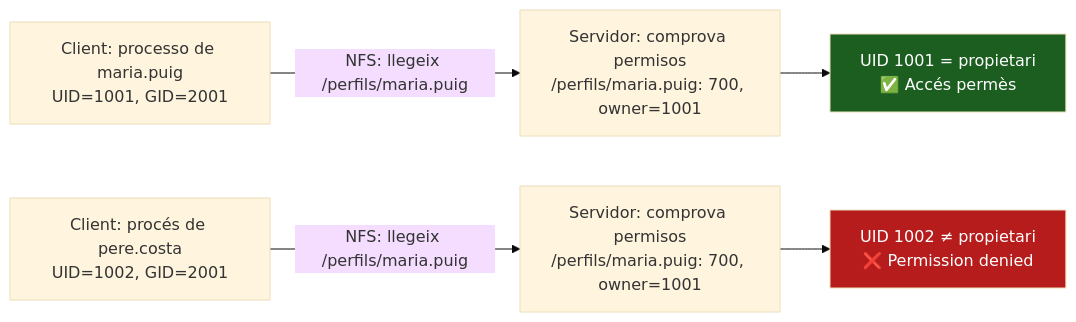
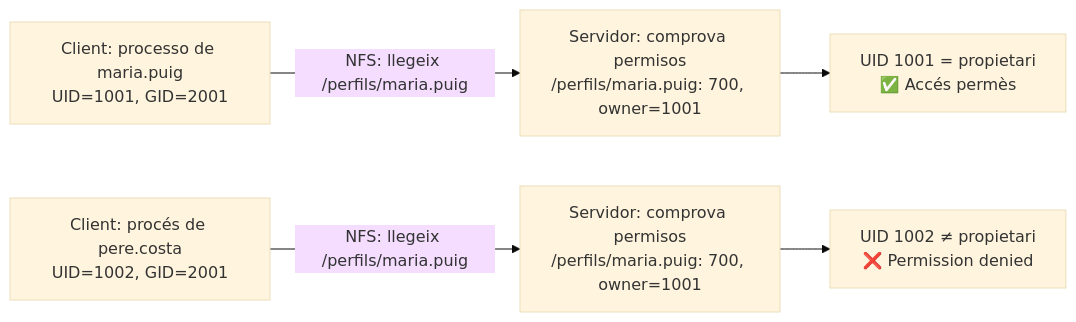
One commit to xtartera/TartyDocs changed the diagram in docs/ut2/bloc8-perfils-mobils/44-seguretat-perfils.md. Above: the diagram before and after it, drawn with Mermaid (base theme). The commit also changed 15 other files, not shown here.

First line of the commit message:
ut2: elimina style directives dels diagrames mermaid (18 fitxers)

````diff
--- a/docs/ut2/bloc8-perfils-mobils/44-seguretat-perfils.md
+++ b/docs/ut2/bloc8-perfils-mobils/44-seguretat-perfils.md
@@ -58,11 +58,9 @@
     ```mermaid
     flowchart LR
         C["Client: processo de maria.puig\nUID=1001, GID=2001"] -- "NFS: llegeix /perfils/maria.puig" --> S["Servidor: comprova permisos\n/perfils/maria.puig: 700, owner=1001"]
         S --> OK["UID 1001 = propietari\n✅ Accés permès"]
 
         C2["Client: procés de pere.costa\nUID=1002, GID=2001"] -- "NFS: llegeix /perfils/maria.puig" --> S2["Servidor: comprova permisos\n/perfils/maria.puig: 700, owner=1001"]
         S2 --> NOK["UID 1002 ≠ propietari\n❌ Permission denied"]
 
-        style OK fill:#1B5E20,color:#fff
-        style NOK fill:#B71C1C,color:#fff
     ```
````
